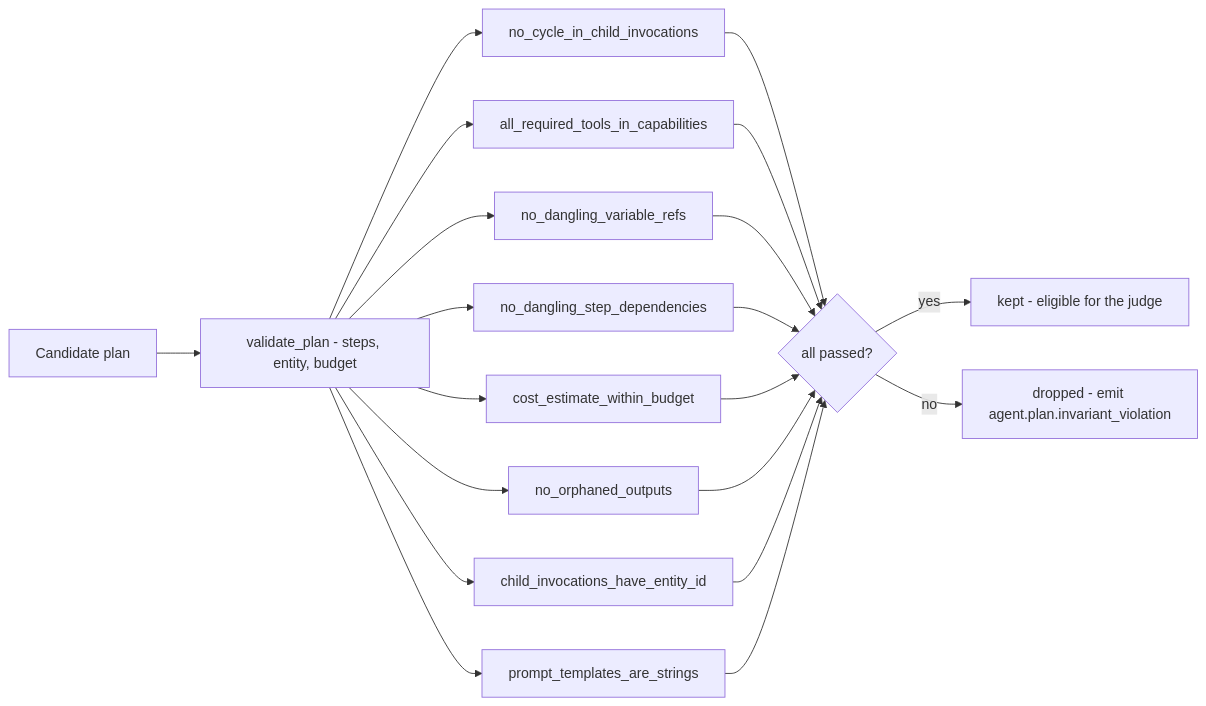
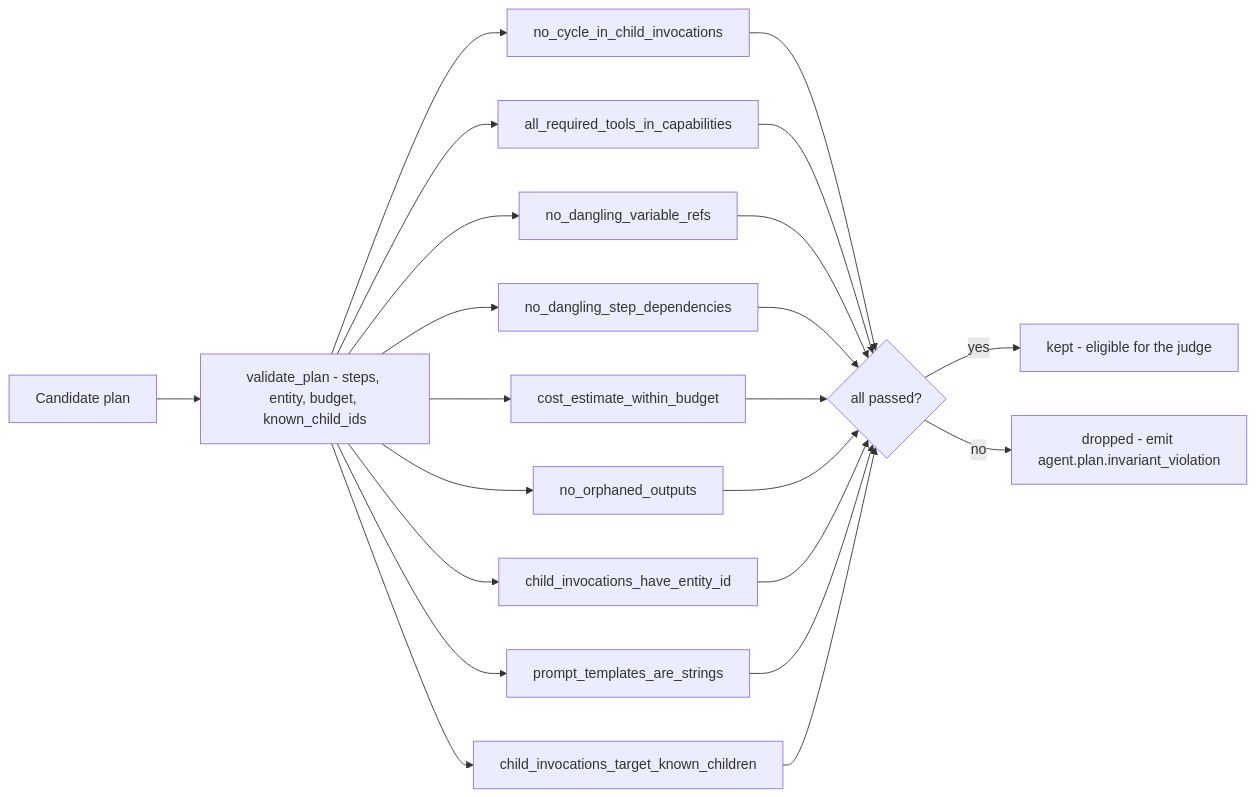
Before and after one commit to gondolerahul/hire-buddha-app: the ninth of 27 diagrams in docs/current/07-planning-and-critics.md, drawn with Mermaid. The commit also changed other lines of this file and 7 other files, not shown here.

````diff
--- a/docs/current/07-planning-and-critics.md
+++ b/docs/current/07-planning-and-critics.md
@@ -786,15 +787,16 @@
 ```mermaid
 flowchart LR
-    C["Candidate plan"] --> V["validate_plan - steps, entity, budget"]
+    C["Candidate plan"] --> V["validate_plan - steps, entity, budget, known_child_ids"]
     V --> I1["no_cycle_in_child_invocations"]
     V --> I2["all_required_tools_in_capabilities"]
     V --> I3["no_dangling_variable_refs"]
     V --> I4["no_dangling_step_dependencies"]
     V --> I5["cost_estimate_within_budget"]
     V --> I6["no_orphaned_outputs"]
     V --> I7["child_invocations_have_entity_id"]
     V --> I8["prompt_templates_are_strings"]
-    I1 & I2 & I3 & I4 & I5 & I6 & I7 & I8 --> R{"all passed?"}
+    V --> I9["child_invocations_target_known_children"]
+    I1 & I2 & I3 & I4 & I5 & I6 & I7 & I8 & I9 --> R{"all passed?"}
     R -->|yes| KEEP["kept - eligible for the judge"]
     R -->|no| DROP["dropped - emit agent.plan.invariant_violation"]
 ```
````
